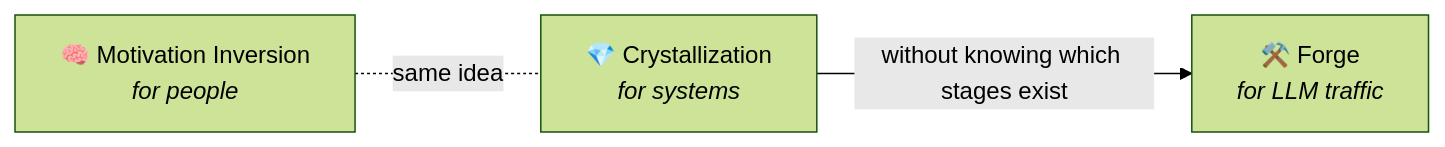
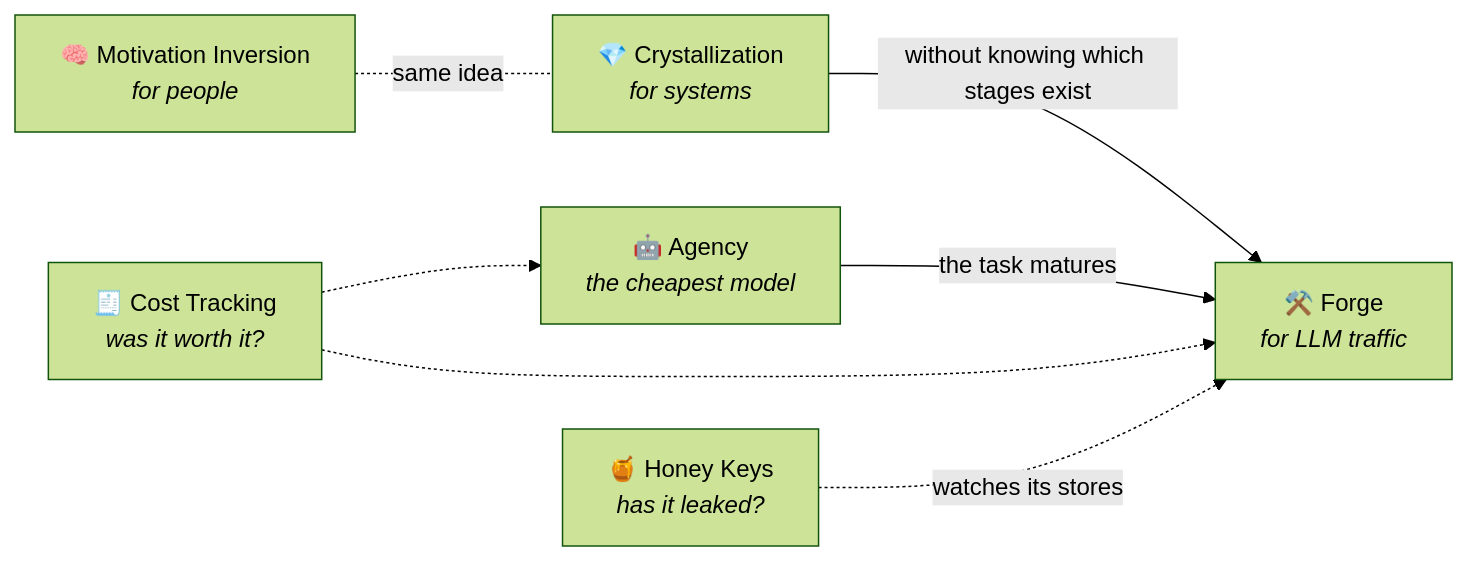
The diagram in README.md (AbstractBike/SilvioMaciasSanchez), drawn with Mermaid (forest theme) before and after one commit. The commit also changed other lines of this file and 5 other files, not shown here.

First line of the commit message:
Agency, Cost Tracking and Honey Keys patterns

````diff
--- a/README.md
+++ b/README.md
@@ -21,5 +24,9 @@
 ```mermaid
 flowchart LR
     IM["🧠 Motivation Inversion<br/><i>for people</i>"] -. "same idea" .- CR["💎 Crystallization<br/><i>for systems</i>"]
     CR -->|"without knowing which stages exist"| FO["⚒️ Forge<br/><i>for LLM traffic</i>"]
+    AG["🤖 Agency<br/><i>the cheapest model</i>"] -->|"the task matures"| FO
+    SC["🧾 Cost Tracking<br/><i>was it worth it?</i>"] -.-> AG
+    SC -.-> FO
+    LM["🍯 Honey Keys<br/><i>has it leaked?</i>"] -. "watches its stores" .-> FO
 ```
````
